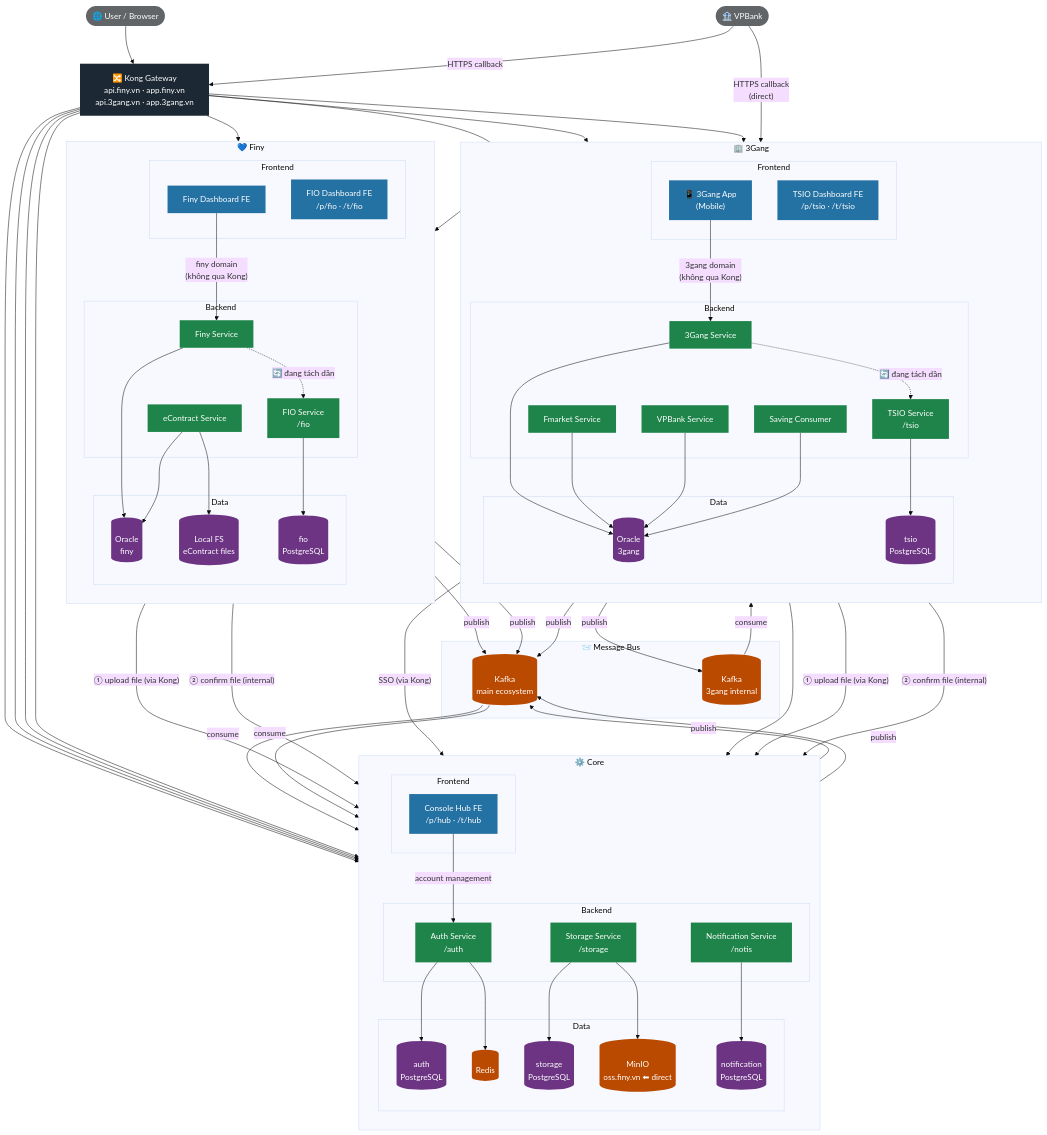
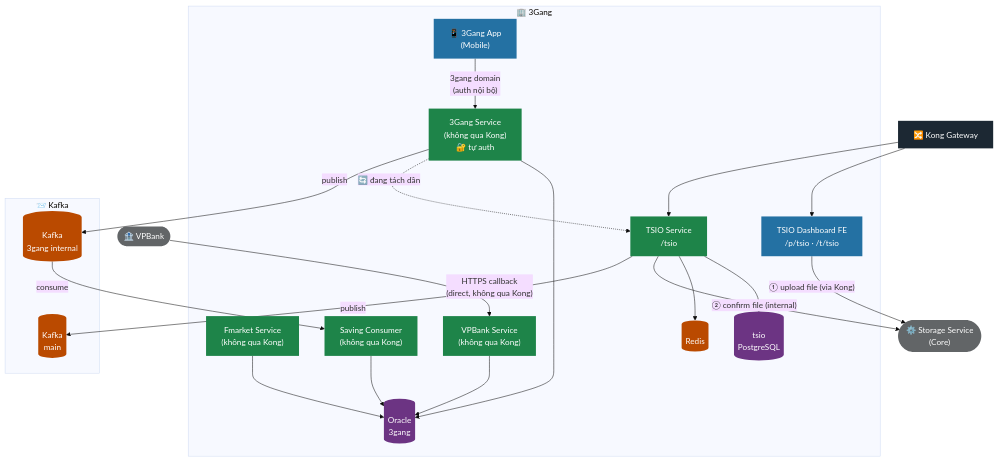
Before and after one commit to minhpt0903/finy-ops: the third of 4 diagrams in architecture/system-architecture.md, drawn with Mermaid (base theme). The commit also changed other lines of this file, not shown here.

````diff
--- a/architecture/system-architecture.md
+++ b/architecture/system-architecture.md
@@ -5,134 +130,50 @@
 ```mermaid
 flowchart TB
-    classDef fe     fill:#2471A3,color:#fff,stroke:none
-    classDef be     fill:#1E8449,color:#fff,stroke:none
-    classDef db     fill:#6C3483,color:#fff,stroke:none
-    classDef infra  fill:#BA4A00,color:#fff,stroke:none
-    classDef gw     fill:#1C2833,color:#fff,stroke:none
-    classDef ext    fill:#626567,color:#fff,stroke:none
+    classDef fe    fill:#2471A3,color:#fff,stroke:none
+    classDef be    fill:#1E8449,color:#fff,stroke:none
+    classDef db    fill:#6C3483,color:#fff,stroke:none
+    classDef infra fill:#BA4A00,color:#fff,stroke:none
+    classDef gw    fill:#1C2833,color:#fff,stroke:none
+    classDef ext   fill:#626567,color:#fff,stroke:none
 
-    EXT_USER(["🌐 User / Browser"]):::ext
-    EXT_VPBANK(["🏦 VPBank"]):::ext
+    Kong["🔀 Kong Gateway"]:::gw
+    Storage_ext(["⚙️ Storage Service\n(Core)"]):::ext
+    VPBank(["🏦 VPBank"]):::ext
 
-    Kong["🔀 Kong Gateway
-    api.finy.vn · app.finy.vn
-    api.3gang.vn · app.3gang.vn"]:::gw
+    subgraph GANG["🏢 3Gang"]
+        GangApp["📱 3Gang App\n(Mobile)"]:::fe
+        TsioDash["TSIO Dashboard FE\n/p/tsio · /t/tsio"]:::fe
 
-    EXT_USER --> Kong
-    EXT_VPBANK -->|"HTTPS callback"| Kong
+        GangSvc["3Gang Service\n(không qua Kong)\n🔐 tự auth"]:::be
+        Fmarket["Fmarket Service\n(không qua Kong)"]:::be
+        VPBankSvc["VPBank Service\n(không qua Kong)"]:::be
+        SavingConsumer["Saving Consumer\n(không qua Kong)"]:::be
+        TsioSvc["TSIO Service\n/tsio"]:::be
 
-    %% ─────────────────────────────────────────
-    subgraph CORE["⚙️ Core"]
-        direction TB
-        subgraph CORE_FE["Frontend"]
-            Hub["Console Hub FE\n/p/hub · /t/hub"]:::fe
-        end
-        subgraph CORE_BE["Backend"]
-            Auth["Auth Service\n/auth"]:::be
-            Storage["Storage Service\n/storage"]:::be
-            Notis["Notification Service\n/notis"]:::be
-        end
-        subgraph CORE_DB["Data"]
-            AuthDB[("auth\nPostgreSQL")]:::db
-            StorageDB[("storage\nPostgreSQL")]:::db
-            NotisDB[("notification\nPostgreSQL")]:::db
-            MinIO[("MinIO\noss.finy.vn ⬅ direct")]:::infra
-            Redis[("Redis")]:::infra
-        end
+        OracleGang[("Oracle\n3gang")]:::db
+        TsioDB[("tsio\nPostgreSQL")]:::db
+        Redis[("Redis")]:::infra
     end
 
-    %% ─────────────────────────────────────────
-    subgraph GANG["🏢 3Gang"]
-        direction TB
-        subgraph GANG_FE["Frontend"]
-            GangApp["📱 3Gang App\n(Mobile)"]:::fe
-            TsioDash["TSIO Dashboard FE\n/p/tsio · /t/tsio"]:::fe
-        end
-        subgraph GANG_BE["Backend"]
-            GangSvc["3Gang Service"]:::be
-            Fmarket["Fmarket Service"]:::be
-            VPBankSvc["VPBank Service"]:::be
-            SavingConsumer["Saving Consumer"]:::be
-            TsioSvc["TSIO Service\n/tsio"]:::be
-        end
-        subgraph GANG_DB["Data"]
-            OracleGang[("Oracle\n3gang")]:::db
-            TsioDB[("tsio\nPostgreSQL")]:::db
-        end
-    end
-
-    %% ─────────────────────────────────────────
-    subgraph FINY["💙 Finy"]
-        direction TB
-        subgraph FINY_FE["Frontend"]
-            FinyDash["Finy Dashboard FE"]:::fe
-            FioDash["FIO Dashboard FE\n/p/fio · /t/fio"]:::fe
-        end
-        subgraph FINY_BE["Backend"]
-            FinySvc["Finy Service"]:::be
-            eContract["eContract Service"]:::be
-            FioSvc["FIO Service\n/fio"]:::be
-        end
-        subgraph FINY_DB["Data"]
-            OracleFiny[("Oracle\nfiny")]:::db
-            FioDB[("fio\nPostgreSQL")]:::db
-            LocalFS[("Local FS\neContract files")]:::db
-        end
-    end
-
-    %% ─────────────────────────────────────────
-    subgraph MQ["📨 Message Bus"]
-        KafkaMain[("Kafka\nmain ecosystem")]:::infra
+    subgraph MQ["📨 Kafka"]
+        KafkaMain[("Kafka\nmain")]:::infra
         KafkaGang[("Kafka\n3gang internal")]:::infra
     end
 
-    %% ── Kong routing (public) ─────────────────
-    Kong --> Hub
-    Kong --> Auth & Storage & Notis
     Kong --> TsioDash & TsioSvc
-    Kong --> FioDash & FioSvc
+    VPBank -->|"HTTPS callback\n(direct, không qua Kong)"| VPBankSvc
 
-    %% ── External direct (không qua Kong) ─────
-    EXT_VPBANK -->|"HTTPS callback\n(direct)"| VPBankSvc
+    GangApp -->|"3gang domain\n(auth nội bộ)"| GangSvc
 
-    %% ── Core connections ──────────────────────
-    Hub -->|"account management"| Auth
-    Auth --> AuthDB & Redis
-    Storage --> StorageDB & MinIO
-    Notis --> NotisDB
-
-    %% ── 3Gang connections ─────────────────────
-    GangApp -->|"SSO (via Kong)"| Auth
-    GangApp -->|"3gang domain\n(không qua Kong)"| GangSvc
     GangSvc & Fmarket & VPBankSvc & SavingConsumer --> OracleGang
     TsioSvc --> TsioDB & Redis
 
-    %% ── Finy connections ──────────────────────
-    FinySvc & eContract --> OracleFiny
-    eContract --> LocalFS
-    FioSvc --> FioDB
-    FinyDash -->|"finy domain\n(không qua Kong)"| FinySvc
+    TsioDash -->|"① upload file (via Kong)"| Storage_ext
+    TsioSvc  -->|"② confirm file (internal)"| Storage_ext
 
-    %% ── Migration: tách dần khỏi monolith ───────
-    FinySvc -. "🔄 đang tách dần" .-> FioSvc
     GangSvc -. "🔄 đang tách dần" .-> TsioSvc
 
-    %% ── File upload flow ──────────────────────
-    TsioDash & FioDash -->|"① upload file (via Kong)"| Storage
-    TsioSvc & FioSvc  -->|"② confirm file (internal)"| Storage
-
-    %% ── Kafka publish — main ──────────────────
-    FinySvc -->|publish| KafkaMain
     TsioSvc -->|publish| KafkaMain
-    FioSvc  -->|publish| KafkaMain
-    Storage -->|publish| KafkaMain
-    Notis   -->|publish| KafkaMain
-
-    %% ── Kafka consume — main ──────────────────
-    KafkaMain -->|consume| Storage
-    KafkaMain -->|consume| Notis
-
-    %% ── Kafka 3gang ───────────────────────────
     GangSvc -->|publish| KafkaGang
     KafkaGang -->|consume| SavingConsumer
 ```
````
